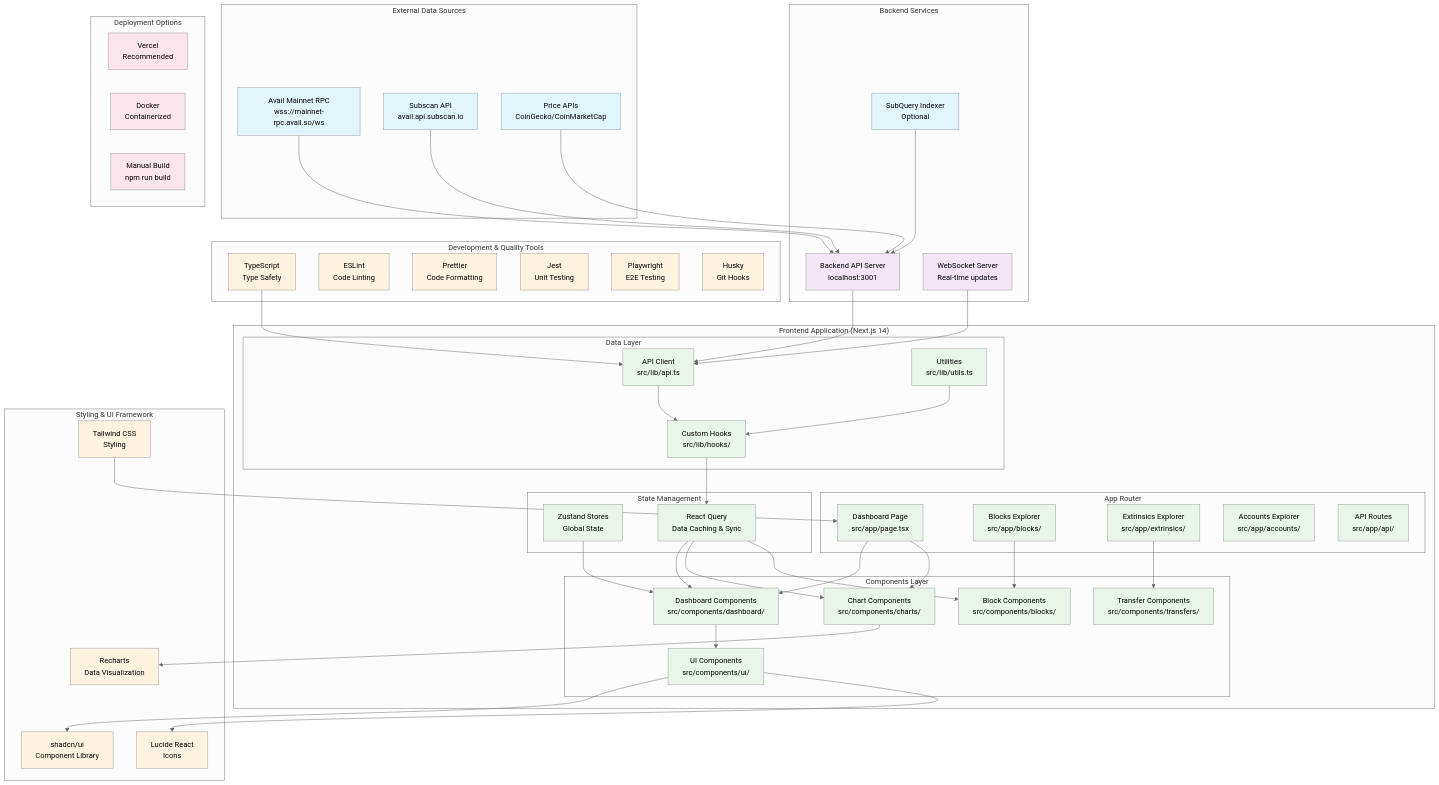
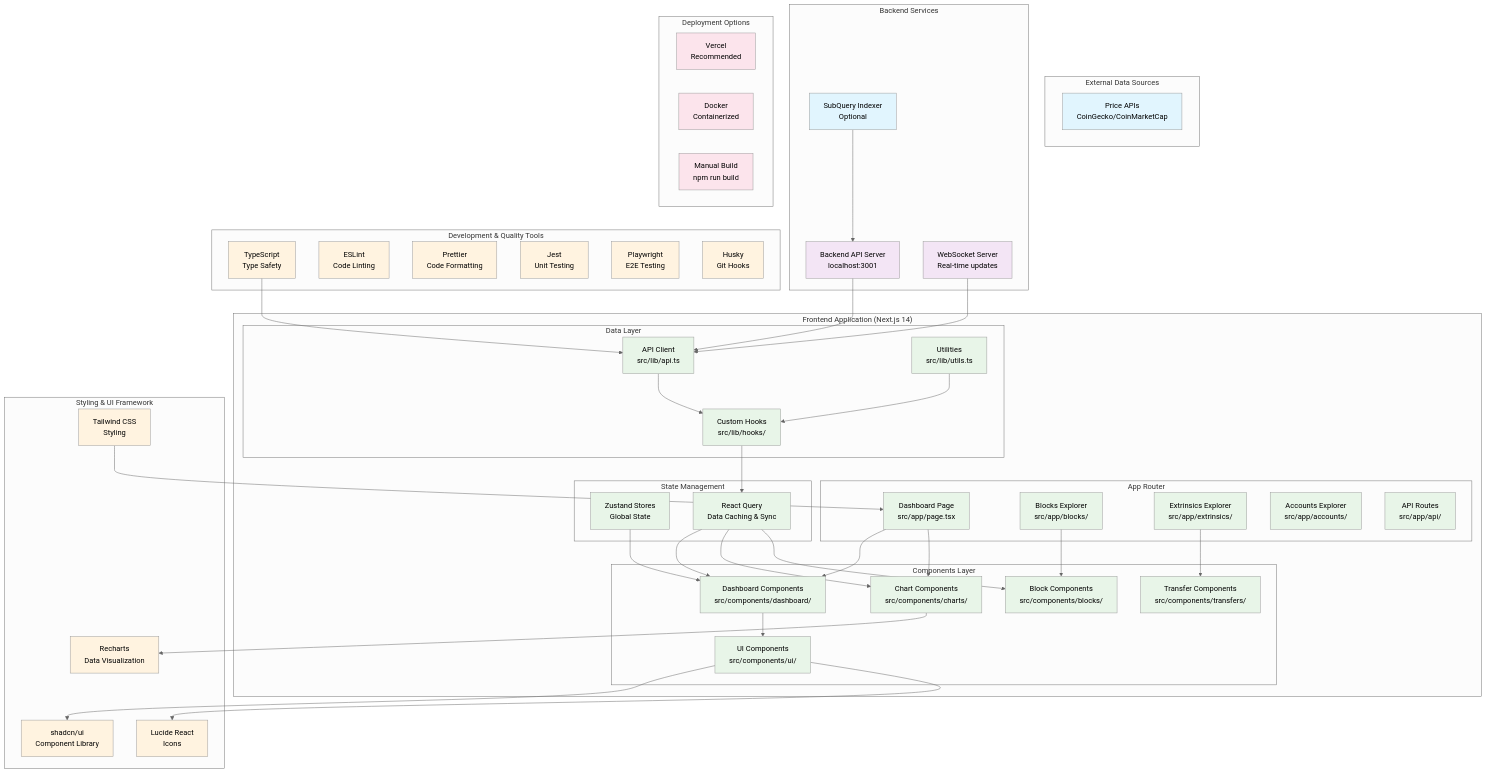
One commit to avail-dashboard/web changed the first of 5 diagrams in AI Documentation/Project_Architecture_Diagram.md. Above: the diagram before and after it, drawn with Mermaid (neutral theme). The commit also changed other lines of this file and 14 other files, not shown here.

```diff
--- a/AI Documentation/Project_Architecture_Diagram.md
+++ b/AI Documentation/Project_Architecture_Diagram.md
@@ -10,8 +10,6 @@
 graph TB
     %% External Data Sources
     subgraph "External Data Sources"
-        AVAIL[Avail Mainnet RPC<br/>wss://mainnet-rpc.avail.so/ws]
-        SUBSCAN[Subscan API<br/>avail.api.subscan.io]
         PRICE[Price APIs<br/>CoinGecko/CoinMarketCap]
     end
 
@@ -78,9 +76,6 @@
     end
 
     %% Data Flow Connections
-    AVAIL --> BACKEND
-    SUBSCAN --> BACKEND
-    PRICE --> BACKEND
     INDEXER --> BACKEND
 
     BACKEND --> API_CLIENT
@@ -115,7 +110,7 @@
     classDef tools fill:#fff3e0
     classDef deployment fill:#fce4ec
 
-    class AVAIL,SUBSCAN,PRICE,INDEXER external
+    class PRICE,INDEXER external
     class BACKEND,WS backend
     class HOME,BLOCKS_PAGE,EXTRINSICS_PAGE,ACCOUNTS_PAGE,API_ROUTES,DASHBOARD_COMP,CHARTS,UI,BLOCKS_COMP,TRANSFERS,API_CLIENT,HOOKS,UTILS,ZUSTAND,REACT_QUERY frontend
     class TYPESCRIPT,ESLINT,PRETTIER,JEST,PLAYWRIGHT,HUSKY,TAILWIND,SHADCN,LUCIDE,RECHARTS tools
```
